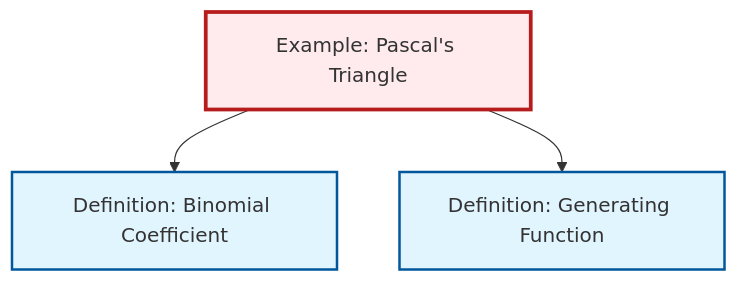
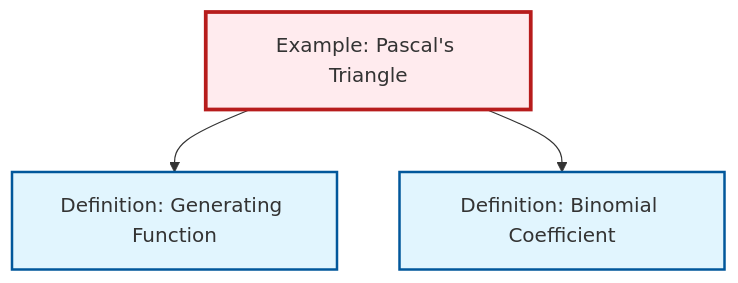
The diagram in content/ja/combinatorics/ex-pascals-triangle.qmd (RK0429/ModernMath), drawn with Mermaid before and after one commit. The commit also changed other lines of this file and 581 other files, not shown here.

````diff
--- a/content/ja/combinatorics/ex-pascals-triangle.qmd
+++ b/content/ja/combinatorics/ex-pascals-triangle.qmd
@@ -73,17 +73,17 @@
 ```{mermaid}
 %%| fig-cap: "Local dependency graph"
 graph TD
     classDef definition fill:#e1f5fe,stroke:#01579b,stroke-width:2px
     classDef theorem fill:#f3e5f5,stroke:#4a148c,stroke-width:2px
     classDef axiom fill:#fff3e0,stroke:#e65100,stroke-width:2px
     classDef example fill:#e8f5e9,stroke:#1b5e20,stroke-width:2px
     classDef current fill:#ffebee,stroke:#b71c1c,stroke-width:3px
+    def-generating-function["Definition: Generating Function"]:::definition
+    def-binomial-coefficient["Definition: Binomial Coefficient"]:::definition
     ex-pascals-triangle["Example: Pascal's Triangle"]:::example
-    def-binomial-coefficient["Definition: Binomial Coefficient"]:::definition
-    def-generating-function["Definition: Generating Function"]:::definition
+    ex-pascals-triangle --> def-generating-function
     ex-pascals-triangle --> def-binomial-coefficient
-    ex-pascals-triangle --> def-generating-function
     class ex-pascals-triangle current
+    click def-generating-function "def-generating-function.html" "Definition: Generating Functionへ"
     click def-binomial-coefficient "def-binomial-coefficient.html" "Definition: Binomial Coefficientへ"
-    click def-generating-function "def-generating-function.html" "Definition: Generating Functionへ"
 ```
````
